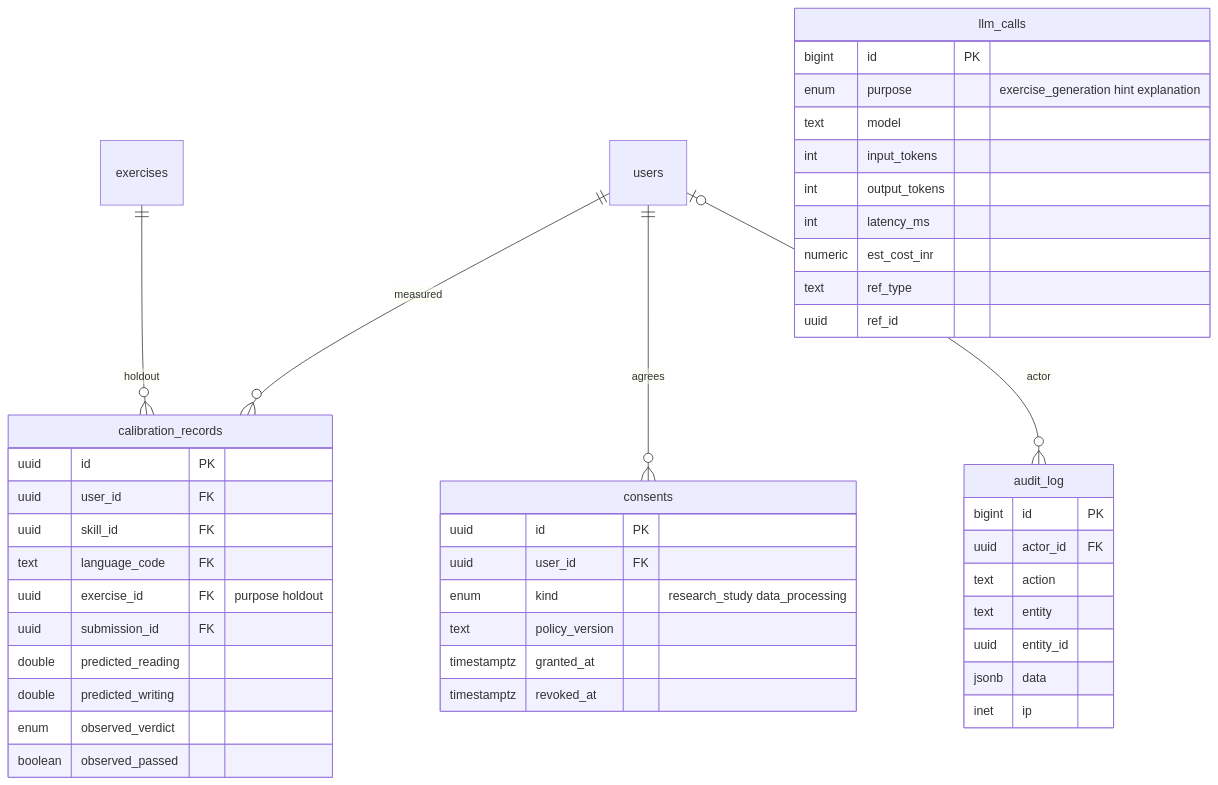
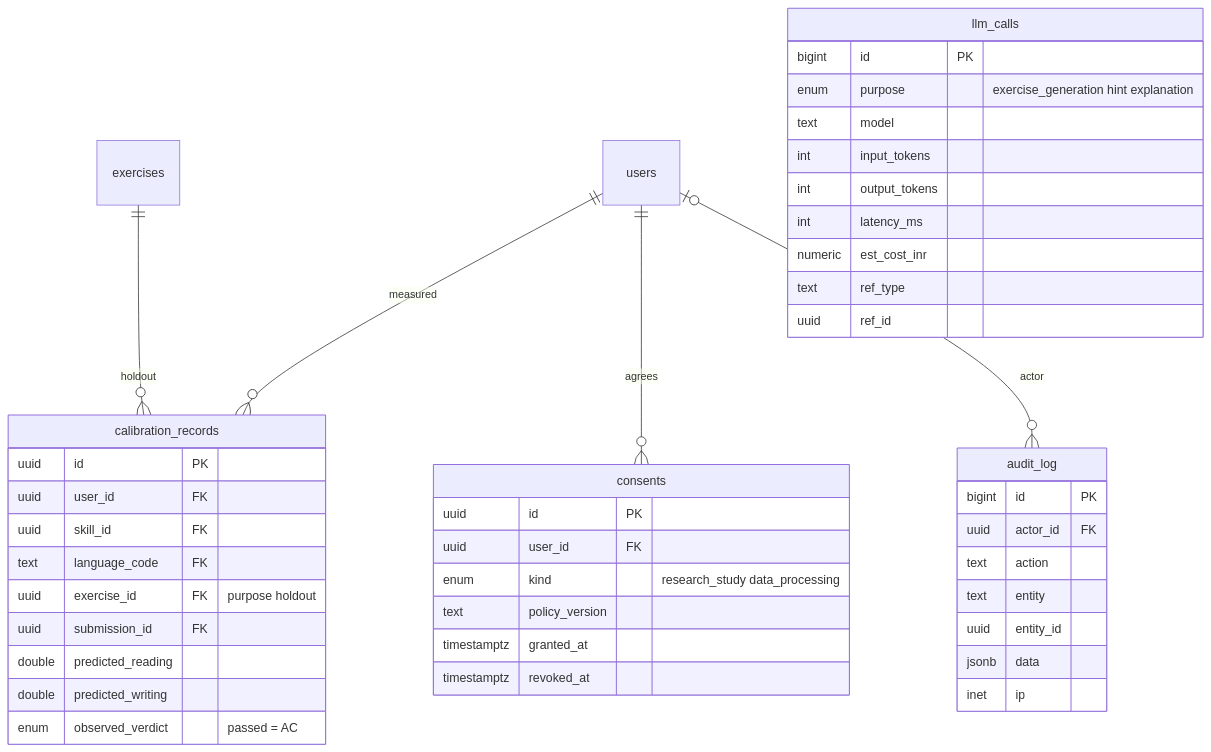
Before and after one commit to Nidanos/ai-tutor-platform: diagram 15 of 32 in DOCS/phase-2/MP3-System-Design.md, drawn with Mermaid. The commit also changed other lines of this file, not shown here.

Commit message:
docs: sync Phase 2 design with built schema and auth contract

````diff
--- a/DOCS/phase-2/MP3-System-Design.md
+++ b/DOCS/phase-2/MP3-System-Design.md
@@ -969,47 +972,46 @@
 ```mermaid
 erDiagram
   users ||--o{ calibration_records : "measured"
   exercises ||--o{ calibration_records : "holdout"
   users ||--o{ consents : "agrees"
   users |o--o{ audit_log : "actor"
   calibration_records {
     uuid id PK
     uuid user_id FK
     uuid skill_id FK
     text language_code FK
     uuid exercise_id FK "purpose holdout"
     uuid submission_id FK
     double predicted_reading
     double predicted_writing
-    enum observed_verdict
-    boolean observed_passed
+    enum observed_verdict "passed = AC"
   }
   consents {
     uuid id PK
     uuid user_id FK
     enum kind "research_study data_processing"
     text policy_version
     timestamptz granted_at
     timestamptz revoked_at
   }
   llm_calls {
     bigint id PK
     enum purpose "exercise_generation hint explanation"
     text model
     int input_tokens
     int output_tokens
     int latency_ms
     numeric est_cost_inr
     text ref_type
     uuid ref_id
   }
   audit_log {
     bigint id PK
     uuid actor_id FK
     text action
     text entity
     uuid entity_id
     jsonb data
     inet ip
   }
 ```
````
